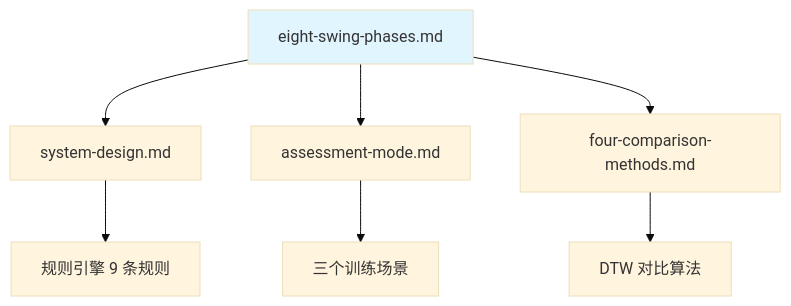
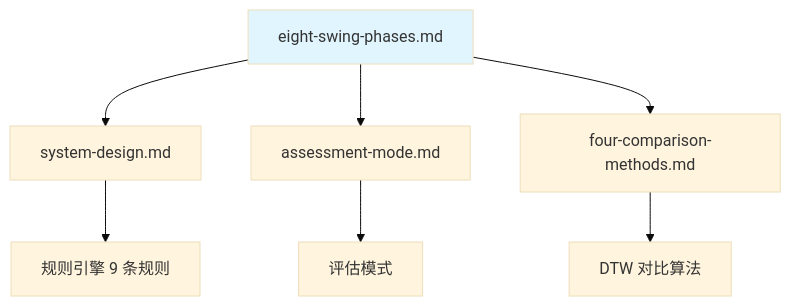
One commit to movement-chain-ai/movement-chain-docs changed the diagram in docs/zh/design/specs/eight-swing-phases.md. Above: the diagram before and after it, drawn with Mermaid (base theme). The commit also changed other lines of this file and 9 other files, not shown here.

First line of the commit message:
refactor: 更新文档链接 - 三个训练场景 → 评估模式/三个反馈通道

````diff
--- a/docs/zh/design/specs/eight-swing-phases.md
+++ b/docs/zh/design/specs/eight-swing-phases.md
@@ -435,12 +435,12 @@
 ```mermaid
 graph TD
     A[eight-swing-phases.md] --> B[system-design.md]
     A --> C[assessment-mode.md]
     A --> D[four-comparison-methods.md]
 
     B --> E[规则引擎 9 条规则]
-    C --> F[三个训练场景]
+    C --> F[评估模式]
     D --> G[DTW 对比算法]
 
     style A fill:#e1f5fe
 ```
````
